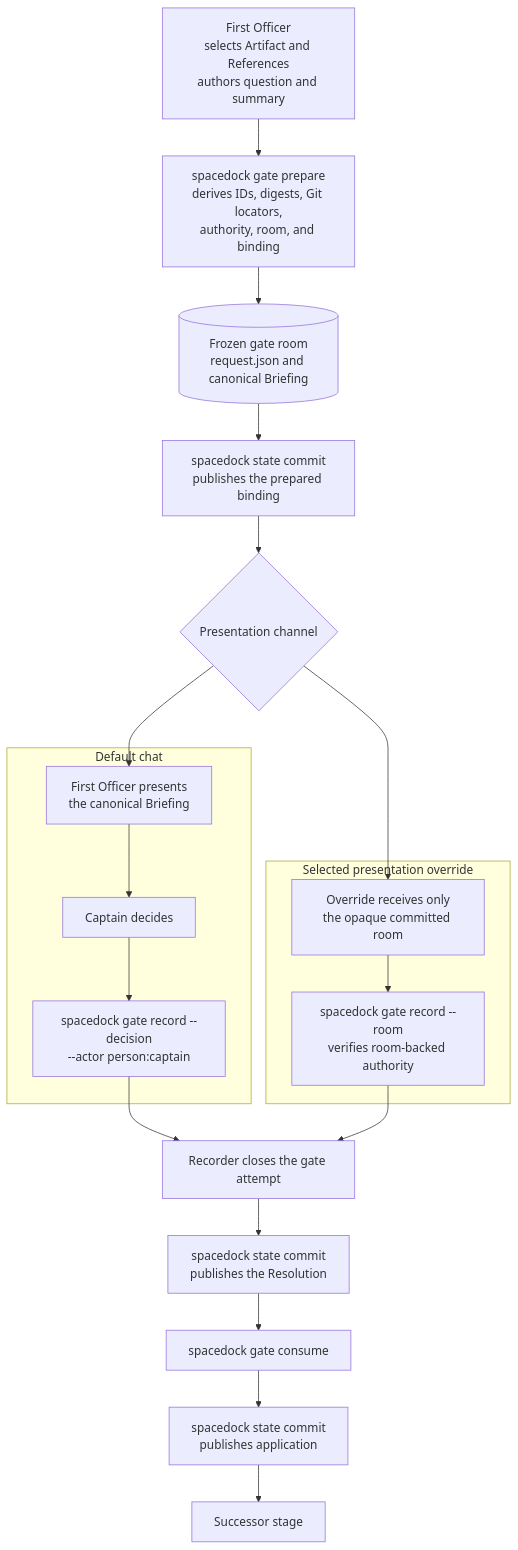
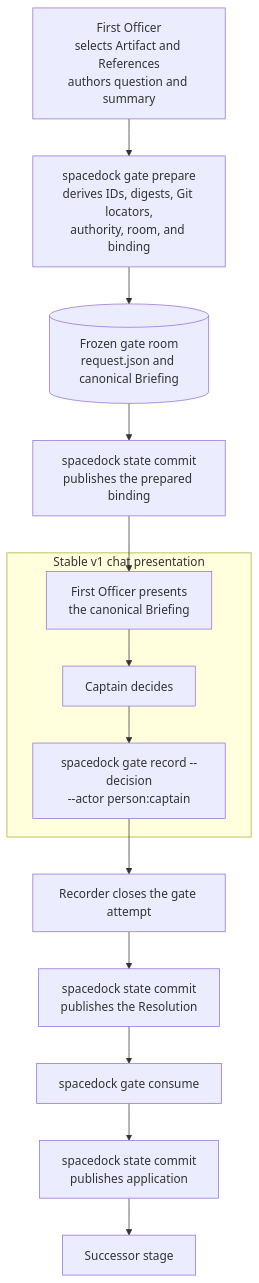
The diagram in docs/specs/gate-resolution-frontmatter-contract.md (spacedock-dev/spacedock), drawn with Mermaid before and after one commit. The commit also changed other lines of this file and 14 other files, not shown here.

Commit message:
gate: cut provider-backed closure from stable v1

````diff
--- a/docs/specs/gate-resolution-frontmatter-contract.md
+++ b/docs/specs/gate-resolution-frontmatter-contract.md
@@ -25,33 +23,22 @@
 ```mermaid
 flowchart TD
     FO["First Officer<br/>selects Artifact and References<br/>authors question and summary"]
     PREP["spacedock gate prepare<br/>derives IDs, digests, Git locators,<br/>authority, room, and binding"]
     ROOM[("Frozen gate room<br/>request.json and canonical Briefing")]
     COMMIT_PREP["spacedock state commit<br/>publishes the prepared binding"]
-    CHANNEL{"Presentation channel"}
 
-    FO --> PREP --> ROOM --> COMMIT_PREP --> CHANNEL
+    FO --> PREP --> ROOM --> COMMIT_PREP --> CHAT_REVIEW
 
-    subgraph CHAT["Default chat"]
+    subgraph CHAT["Stable v1 chat presentation"]
         CHAT_REVIEW["First Officer presents<br/>the canonical Briefing"]
         CHAT_DECISION["Captain decides"]
         CHAT_RECORD["spacedock gate record --decision<br/>--actor person:captain"]
         CHAT_REVIEW --> CHAT_DECISION --> CHAT_RECORD
     end
 
-    subgraph OVERRIDE["Selected presentation override"]
-        HANDOFF["Override receives only<br/>the opaque committed room"]
-        ROOM_RECORD["spacedock gate record --room<br/>verifies room-backed authority"]
-        HANDOFF --> ROOM_RECORD
-    end
-
-    CHANNEL --> CHAT_REVIEW
-    CHANNEL --> HANDOFF
-
     CHAT_RECORD --> CLOSED["Recorder closes the gate attempt"]
-    ROOM_RECORD --> CLOSED
     CLOSED --> COMMIT_CLOSE["spacedock state commit<br/>publishes the Resolution"]
     COMMIT_CLOSE --> CONSUME["spacedock gate consume"]
     CONSUME --> COMMIT_CONSUME["spacedock state commit<br/>publishes application"]
     COMMIT_CONSUME --> NEXT["Successor stage"]
 ```
````
